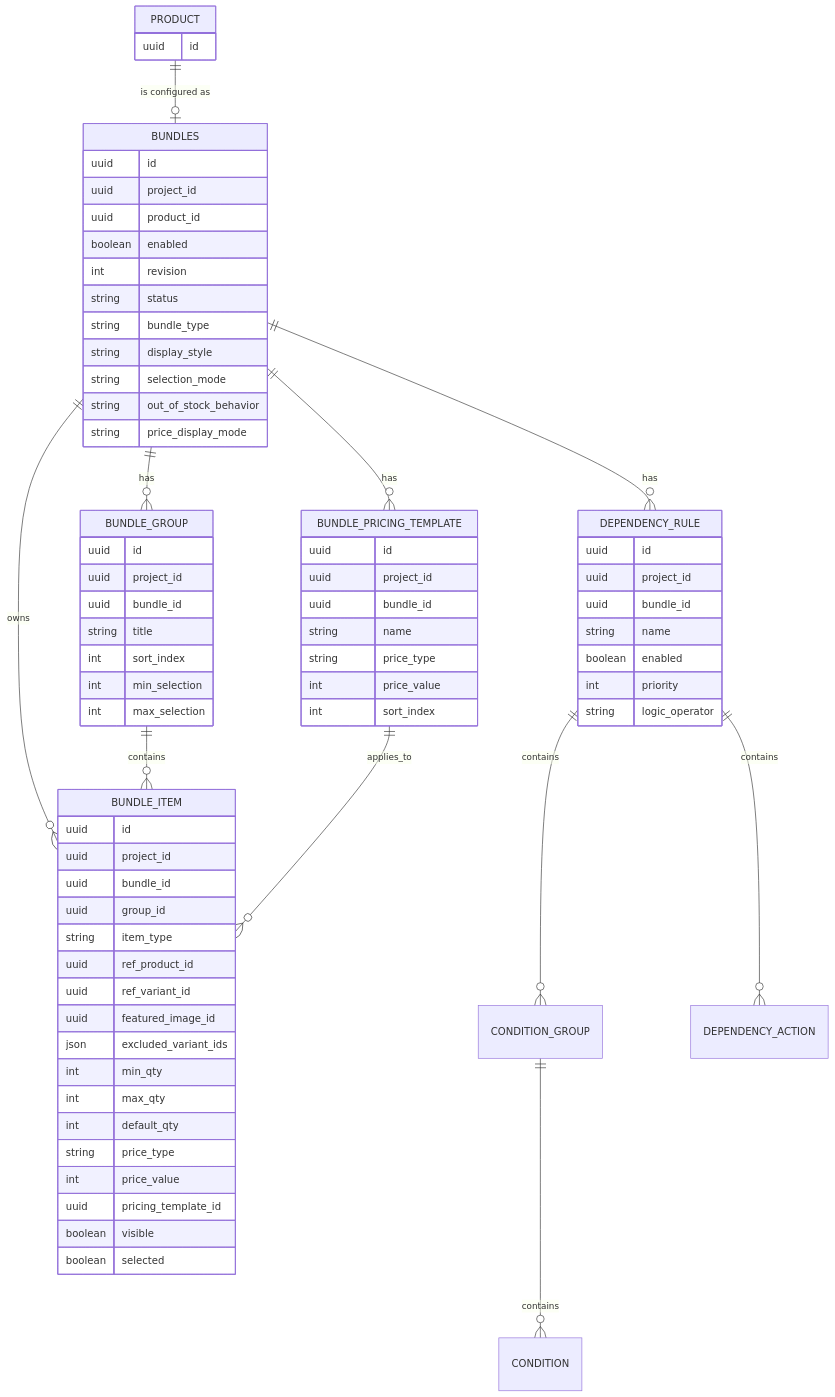
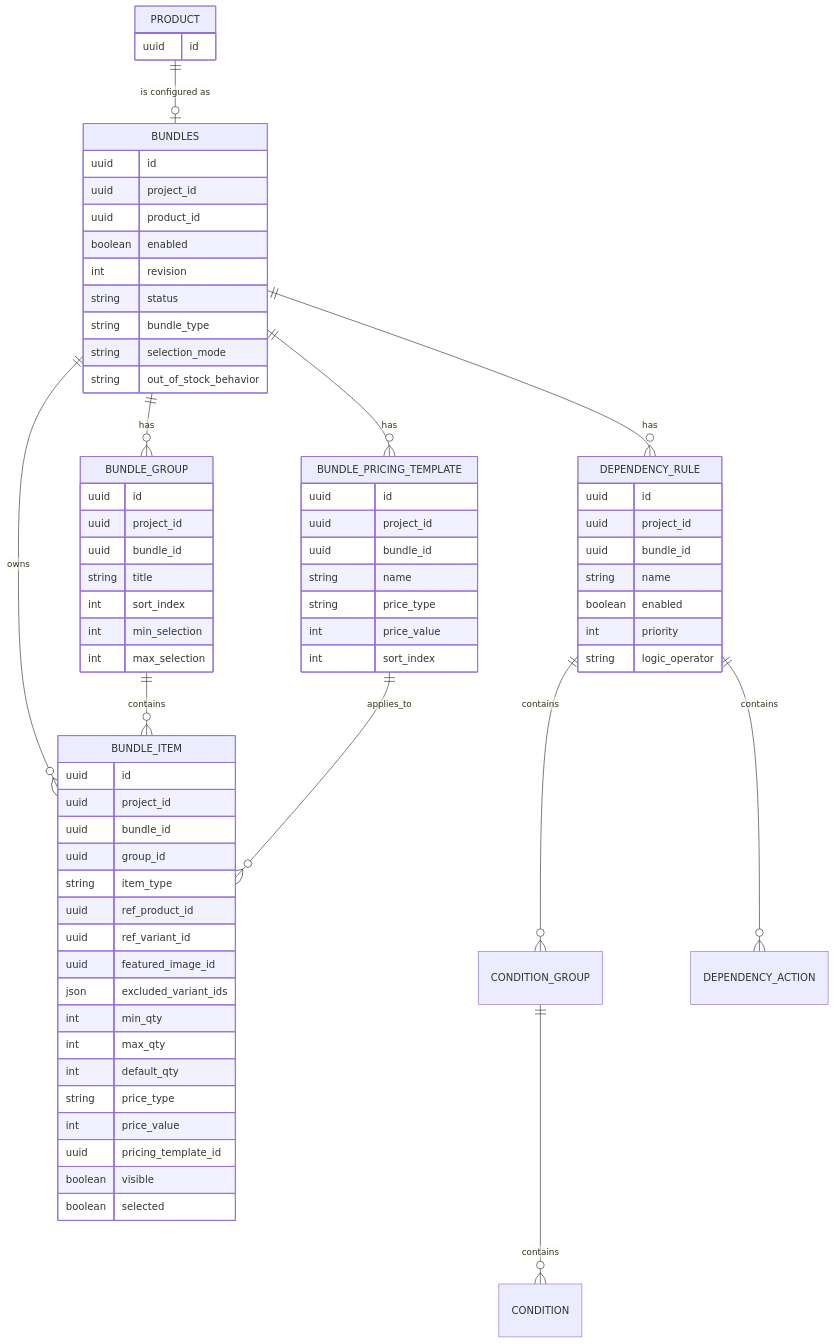
The second of 2 diagrams in docs/plans/bundles-api-database-plan.md (shopanaio/services), drawn with Mermaid before and after one commit. The commit also changed other lines of this file, not shown here.

```diff
--- a/docs/plans/bundles-api-database-plan.md
+++ b/docs/plans/bundles-api-database-plan.md
@@ -477,10 +475,8 @@
     int revision
     string status
     string bundle_type
-    string display_style
     string selection_mode
     string out_of_stock_behavior
-    string price_display_mode
   }
 
   BUNDLE_GROUP {
```
